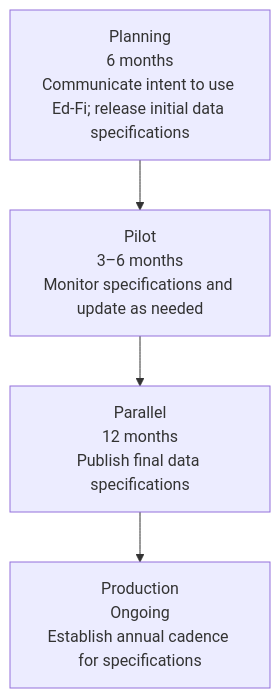
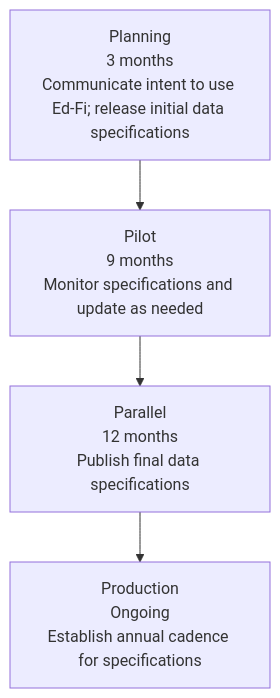
Before and after one commit to Ed-Fi-Alliance-OSS/ed-fi-alliance-oss.github.io: the eighth of 10 diagrams in docs/getting-started/sea-playbook/ed-fi-overview-and-implementation-playbook.md, drawn with Mermaid. The commit also changed other lines of this file, not shown here.

````diff
--- a/docs/getting-started/sea-playbook/ed-fi-overview-and-implementation-playbook.md
+++ b/docs/getting-started/sea-playbook/ed-fi-overview-and-implementation-playbook.md
@@ -336,8 +518,8 @@
 ```mermaid
 flowchart TD
-  Planning["Planning<br/>6 months<br/>Communicate intent to use Ed-Fi; release initial data specifications"]
-  Pilot["Pilot<br/>3–6 months<br/>Monitor specifications and update as needed"]
+  Planning["Planning<br/>3 months<br/>Communicate intent to use Ed-Fi; release initial data specifications"]
+  Pilot["Pilot<br/>9 months<br/>Monitor specifications and update as needed"]
   Parallel["Parallel<br/>12 months<br/>Publish final data specifications"]
   Prod["Production<br/>Ongoing<br/>Establish annual cadence for specifications"]
   Planning --> Pilot --> Parallel --> Prod
 ```
````
